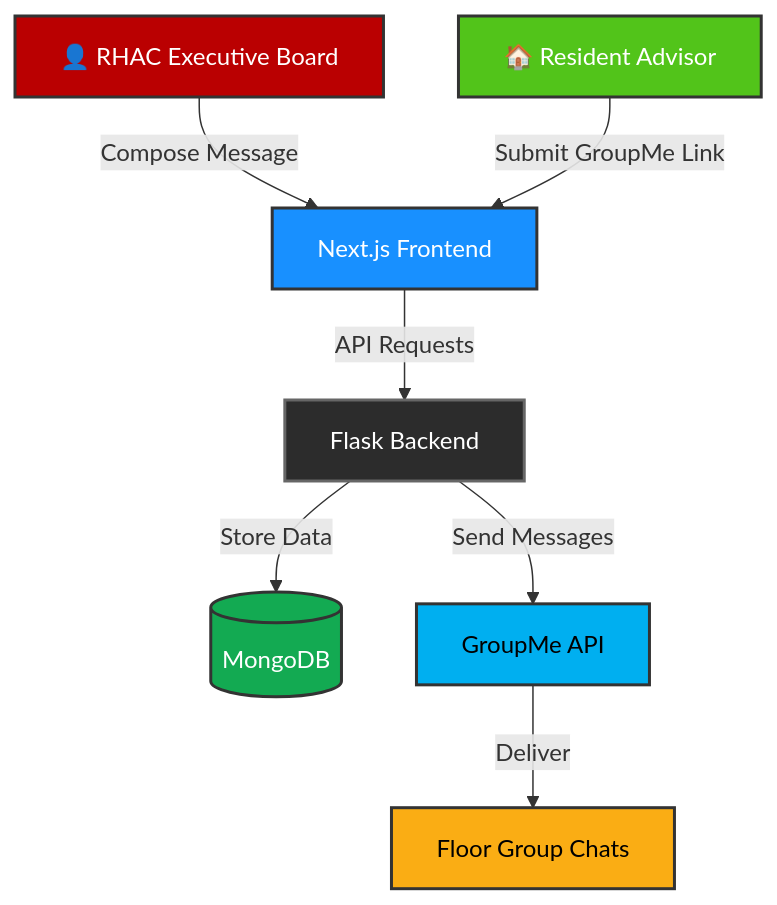
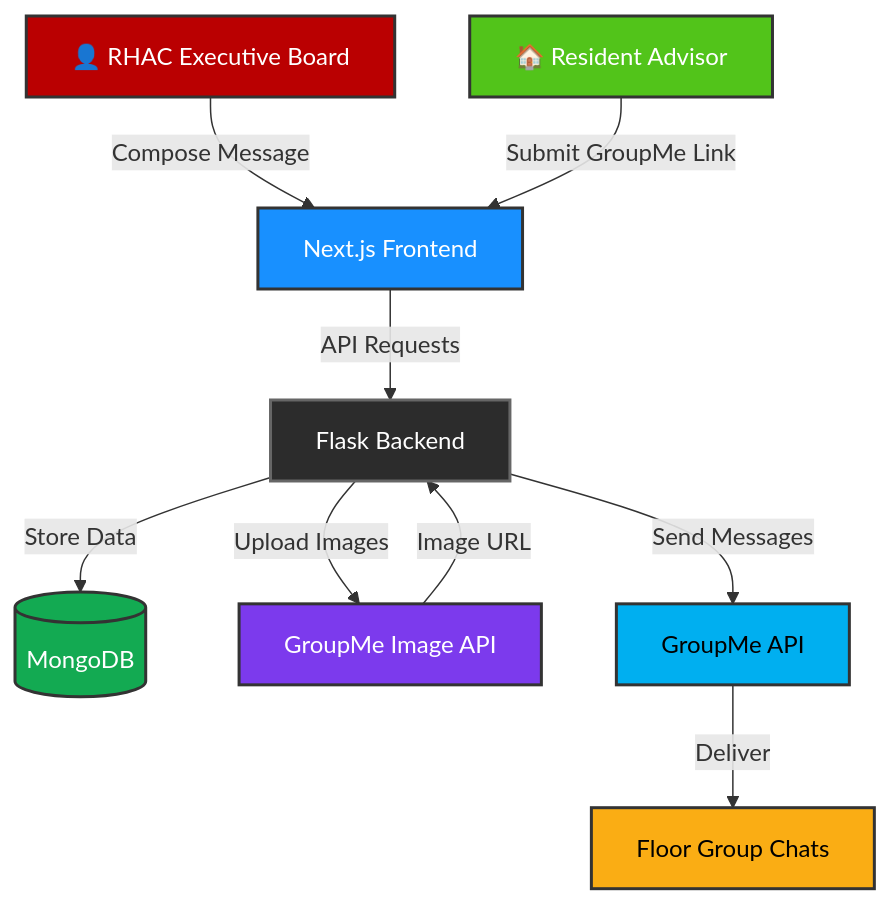
One commit to WesleyKamau/RHACbot changed the diagram in README.md. Above: the diagram before and after it, drawn with Mermaid.

Commit message:
docs: add GroupMe Image API to architecture diagram

````diff
--- a/README.md
+++ b/README.md
@@ -120,17 +120,20 @@
 ```mermaid
 graph TD
     A[👤 RHAC Executive Board] -->|Compose Message| B[Next.js Frontend]
     C[🏠 Resident Advisor] -->|Submit GroupMe Link| B
     B -->|API Requests| D[Flask Backend]
     D -->|Store Data| E[(MongoDB)]
+    D -->|Upload Images| H[GroupMe Image API]
+    H -->|Image URL| D
     D -->|Send Messages| F[GroupMe API]
     F -->|Deliver| G[Floor Group Chats]
     
     style A fill:#ba0001,stroke:#333,stroke-width:2px,color:#fff
     style B fill:#1890ff,stroke:#333,stroke-width:2px,color:#fff
     style C fill:#52c41a,stroke:#333,stroke-width:2px,color:#fff
     style D fill:#2c2c2c,stroke:#666,stroke-width:2px,color:#fff
     style E fill:#13aa52,stroke:#333,stroke-width:2px,color:#fff
     style F fill:#00aff0,stroke:#333,stroke-width:2px,color:#000
     style G fill:#faad14,stroke:#333,stroke-width:2px,color:#000
+    style H fill:#7c3aed,stroke:#333,stroke-width:2px,color:#fff
 ```
````
